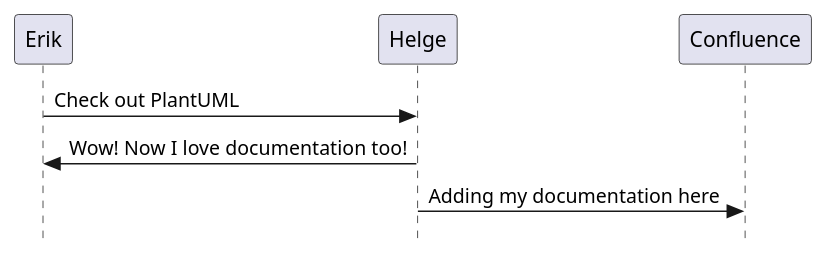
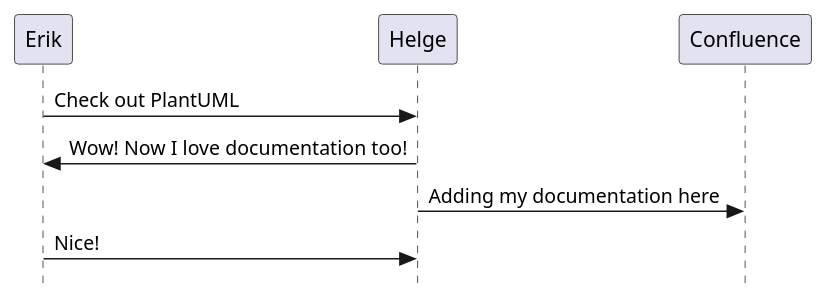
One commit to dereri/plantumldemo changed the diagram in sequence.puml. Above: the diagram before and after it, drawn with PlantUML.

```diff
--- a/sequence.puml
+++ b/sequence.puml
@@ -1,6 +1,7 @@
 @startuml PlantUML demo
 skinparam Style strictuml
 Erik -> Helge : Check out PlantUML
 Helge -> Erik : Wow! Now I love documentation too!
 Helge -> Confluence : Adding my documentation here
+Erik -> Helge: Nice!
 @enduml
```
